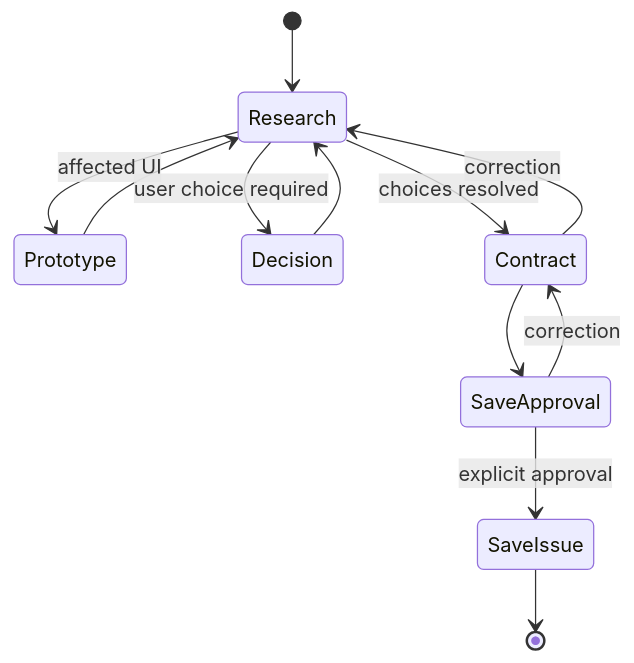
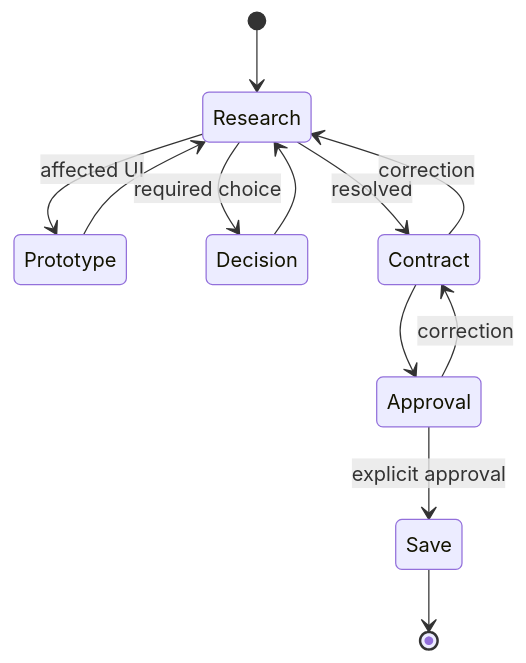
The diagram in .agents/skills/planning/SKILL.md (MP281X/ai-toolkit), drawn with Mermaid before and after one commit. The commit also changed other lines of this file and 52 other files, not shown here.

````diff
--- a/.agents/skills/planning/SKILL.md
+++ b/.agents/skills/planning/SKILL.md
@@ -8,14 +6,14 @@
 ```mermaid
 stateDiagram-v2
-    [*] --> Research
-    Research --> Prototype: affected UI
-    Prototype --> Research
-    Research --> Decision: user choice required
-    Decision --> Research
-    Research --> Contract: choices resolved
-    Contract --> Research: correction
-    Contract --> SaveApproval
-    SaveApproval --> Contract: correction
-    SaveApproval --> SaveIssue: explicit approval
-    SaveIssue --> [*]
+	[*] --> Research
+	Research --> Prototype: affected UI
+	Prototype --> Research
+	Research --> Decision: required choice
+	Decision --> Research
+	Research --> Contract: resolved
+	Contract --> Research: correction
+	Contract --> Approval
+	Approval --> Contract: correction
+	Approval --> Save: explicit approval
+	Save --> [*]
 ```
````
